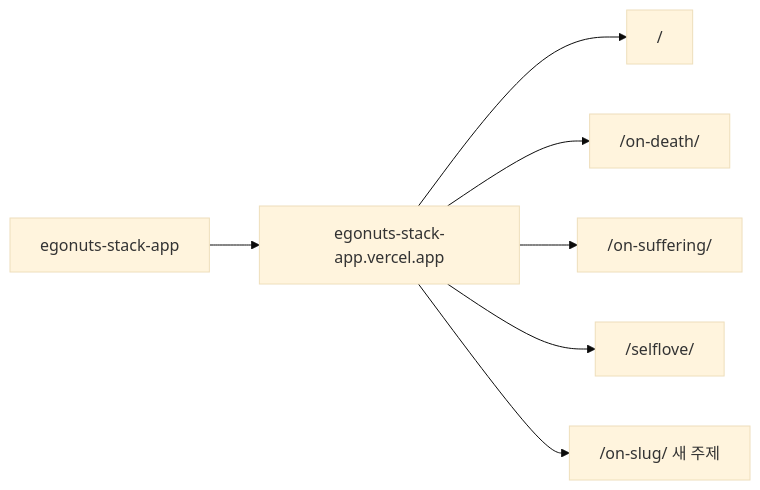
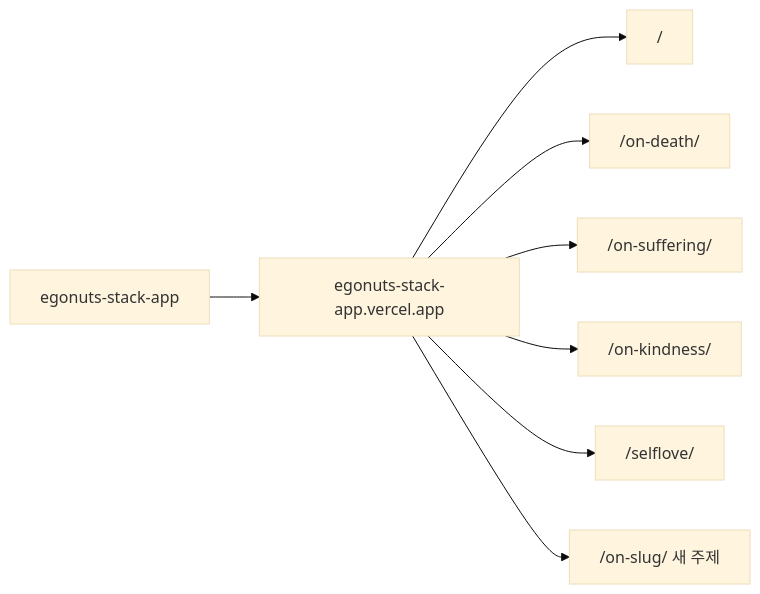
Before and after one commit to 0104wjdgns/egonuts-stack-app: the diagram in CLAUDE.md, drawn with Mermaid (base theme). The commit also changed other lines of this file and 21 other files, not shown here.

````diff
--- a/CLAUDE.md
+++ b/CLAUDE.md
@@ -27,9 +28,10 @@
 ```mermaid
 flowchart LR
   Repo[egonuts-stack-app] --> V[egonuts-stack-app.vercel.app]
   V --> A["/"]
   V --> B["/on-death/"]
   V --> C["/on-suffering/"]
+  V --> K["/on-kindness/"]
   V --> D["/selflove/"]
   V --> E["/on-slug/  새 주제"]
 ```
````
